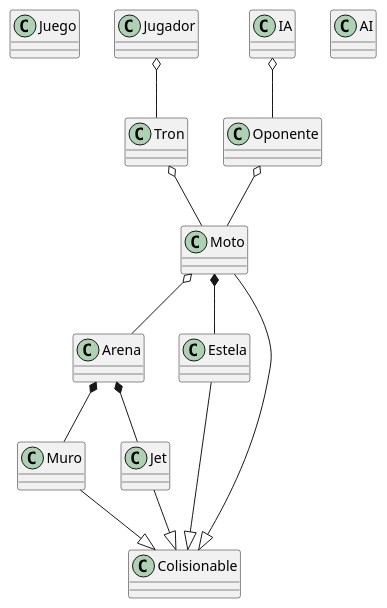
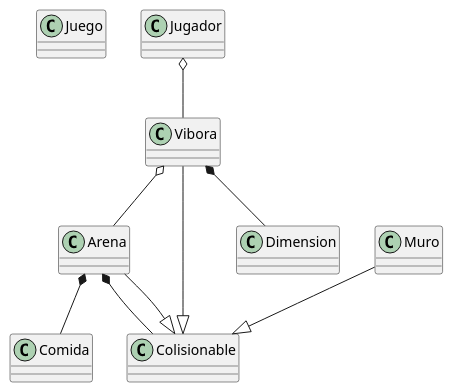
One commit to caiv2303/snake changed the diagram in docs/snake.puml. Above: the diagram before and after it, drawn with PlantUML. The commit also changed 1 other file, not shown here.

```diff
--- a/docs/snake.puml
+++ b/docs/snake.puml
@@ -1,37 +1,28 @@
 @startuml
 
 class Juego
 class Jugador
-class AI
-class Moto
-class Tron
+class Vibora
 class Arena
-class Oponente
-class Muro
-class Jet
-class Estela
+class Comida
 class Colisionable
+class Dimension
 
 
-Moto o-- Arena
-Tron o-- Moto
-Oponente o-- Moto
+Vibora o-- Arena
+Jugador o-- Vibora
 
-Jugador o-- Tron
-IA o-- Oponente
+Vibora *-- Dimension
+Arena *-- Colisionable
+Arena *-- Comida
 
-Moto *-- Estela
-Arena *-- Muro
-Arena *--Jet
-
-Moto --|> Colisionable
-Jet --|> Colisionable
+Vibora --|> Colisionable
+Arena --|> Colisionable
 Muro --|> Colisionable
-Estela --|> Colisionable
 
 
 
 
 
 
 @enduml
```
